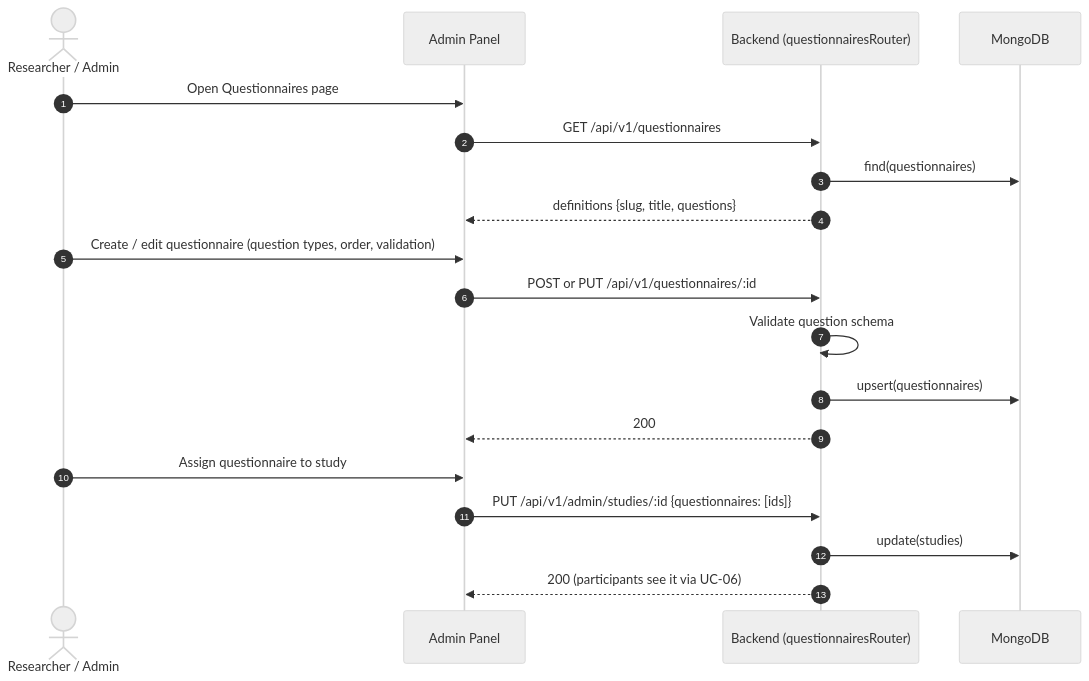
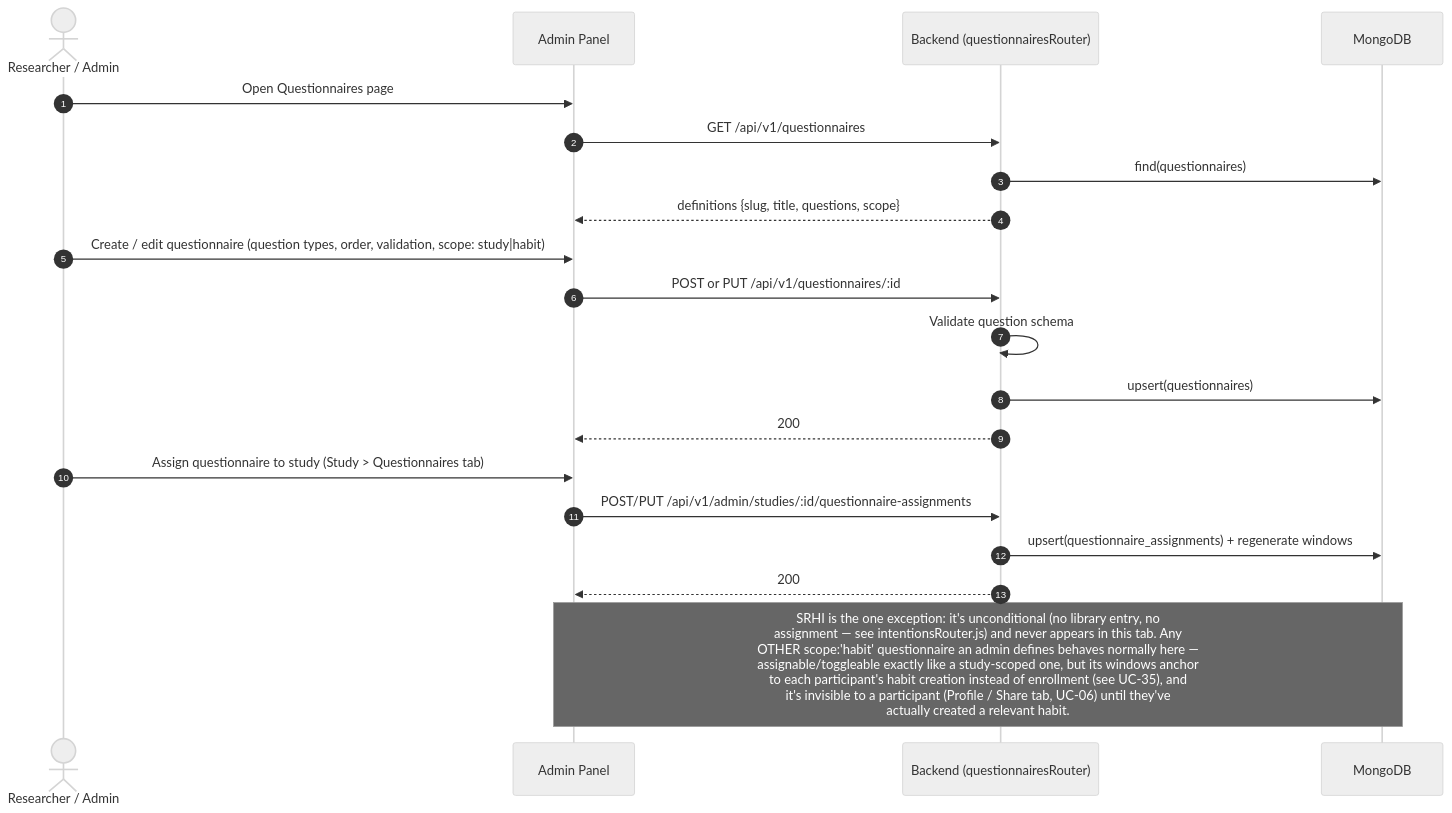
The diagram in docs/diagrams/sequences/UC-20-manage-questionnaires.mmd (Bulgy404/health-habit-hub), drawn with Mermaid (neutral theme) before and after one commit. The commit also changed 45 other files, not shown here.

First line of the commit message:
feat: Enhance questionnaire handling and profile management

```diff
--- a/docs/diagrams/sequences/UC-20-manage-questionnaires.mmd
+++ b/docs/diagrams/sequences/UC-20-manage-questionnaires.mmd
@@ -1,21 +1,23 @@
 %% UC-20 — Manage questionnaires
 sequenceDiagram
     autonumber
     actor R as Researcher / Admin
     participant AP as Admin Panel
     participant B as Backend (questionnairesRouter)
     participant M as MongoDB
 
     R->>AP: Open Questionnaires page
     AP->>B: GET /api/v1/questionnaires
     B->>M: find(questionnaires)
-    B-->>AP: definitions {slug, title, questions}
-    R->>AP: Create / edit questionnaire (question types, order, validation)
+    B-->>AP: definitions {slug, title, questions, scope}
+    R->>AP: Create / edit questionnaire (question types, order, validation, scope: study|habit)
     AP->>B: POST or PUT /api/v1/questionnaires/:id
     B->>B: Validate question schema
     B->>M: upsert(questionnaires)
     B-->>AP: 200
-    R->>AP: Assign questionnaire to study
-    AP->>B: PUT /api/v1/admin/studies/:id {questionnaires: [ids]}
-    B->>M: update(studies)
-    B-->>AP: 200 (participants see it via UC-06)
+    R->>AP: Assign questionnaire to study (Study > Questionnaires tab)
+    AP->>B: POST/PUT /api/v1/admin/studies/:id/questionnaire-assignments
+    B->>M: upsert(questionnaire_assignments) + regenerate windows
+    B-->>AP: 200
+
+    Note over AP,M: SRHI is the one exception: it's unconditional (no library entry, no<br/>assignment — see intentionsRouter.js) and never appears in this tab. Any<br/>OTHER scope:'habit' questionnaire an admin defines behaves normally here —<br/>assignable/toggleable exactly like a study-scoped one, but its windows anchor<br/>to each participant's habit creation instead of enrollment (see UC-35), and<br/>it's invisible to a participant (Profile / Share tab, UC-06) until they've<br/>actually created a relevant habit.
```
